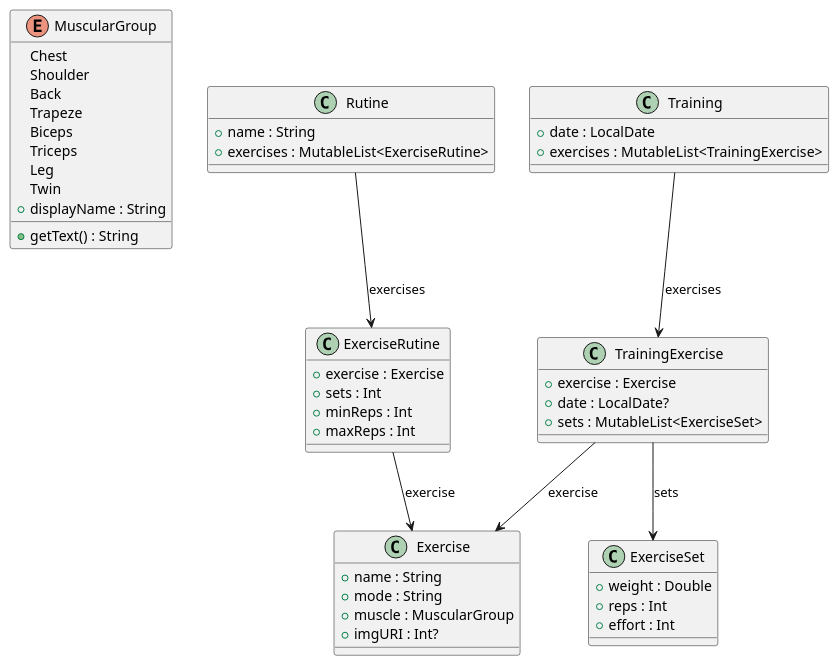
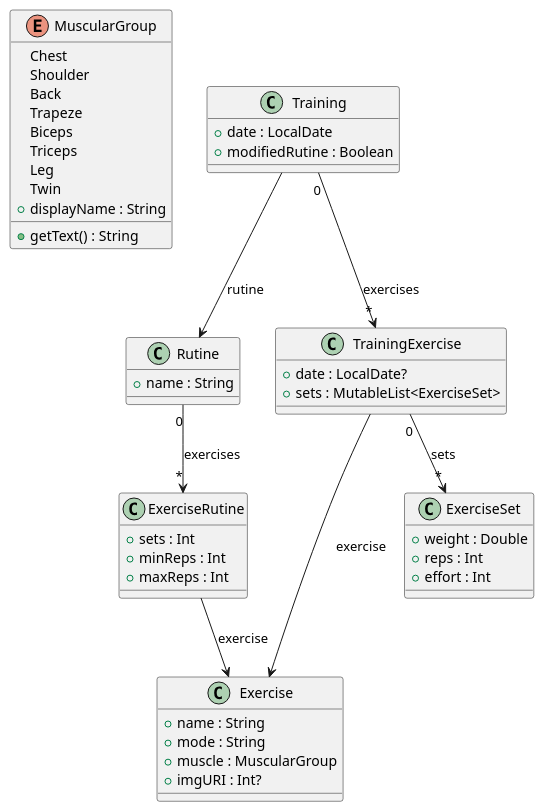
One commit to pablolanderas/GimApp changed the diagram in Doc/domain.puml. Above: the diagram before and after it, drawn with PlantUML. The commit also changed 8 other files, not shown here.

```diff
--- a/Doc/domain.puml
+++ b/Doc/domain.puml
@@ -1,66 +1,64 @@
 @startuml
 
 ' Enum class MuscularGroup with display name property
 enum MuscularGroup {
     Chest
     Shoulder
     Back
     Trapeze
     Biceps
     Triceps
     Leg
     Twin
     + displayName : String
     + getText() : String
 }
 
 ' Class Exercise with properties and association to MuscularGroup
 class Exercise {
     + name : String
     + mode : String
     + muscle : MuscularGroup
     + imgURI : Int?
 }
 
 ' Class ExerciseRutine with association to Exercise
 class ExerciseRutine {
-    + exercise : Exercise
     + sets : Int
     + minReps : Int
     + maxReps : Int
 }
 
 ' Class Rutine with association to ExerciseRutine
 class Rutine {
     + name : String
-    + exercises : MutableList<ExerciseRutine>
 }
 
 ' Class ExerciseSet with weight, reps, and effort properties
 class ExerciseSet {
     + weight : Double
     + reps : Int
     + effort : Int
 }
 
 ' Class TrainingExercise with association to Exercise and ExerciseSet
 class TrainingExercise {
-    + exercise : Exercise
     + date : LocalDate?
     + sets : MutableList<ExerciseSet>
 }
 
 ' Class Training with association to TrainingExercise
 class Training {
     + date : LocalDate
-    + exercises : MutableList<TrainingExercise>
+    + modifiedRutine : Boolean
 }
 
 ' Associations between classes
 ExerciseRutine --> Exercise : exercise
-Rutine --> ExerciseRutine : exercises
+Rutine "0" --> "*" ExerciseRutine : exercises
 TrainingExercise --> Exercise : exercise
-TrainingExercise --> ExerciseSet : sets
-Training --> TrainingExercise : exercises
+TrainingExercise "0" --> "*" ExerciseSet : sets
+Training "0" --> "*" TrainingExercise : exercises
+Training --> Rutine: rutine
 
 @enduml
```
